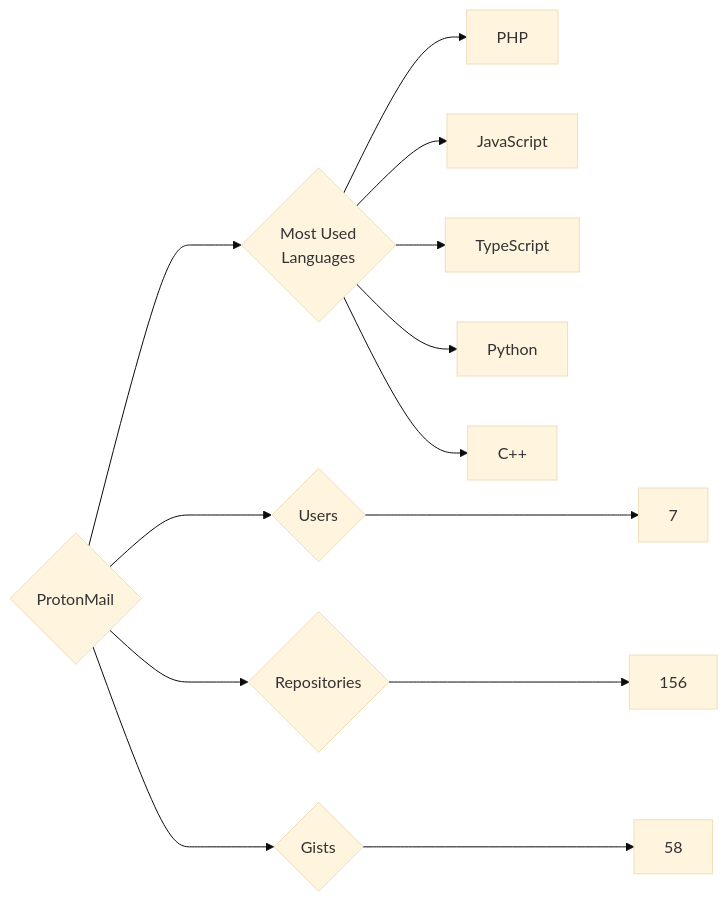
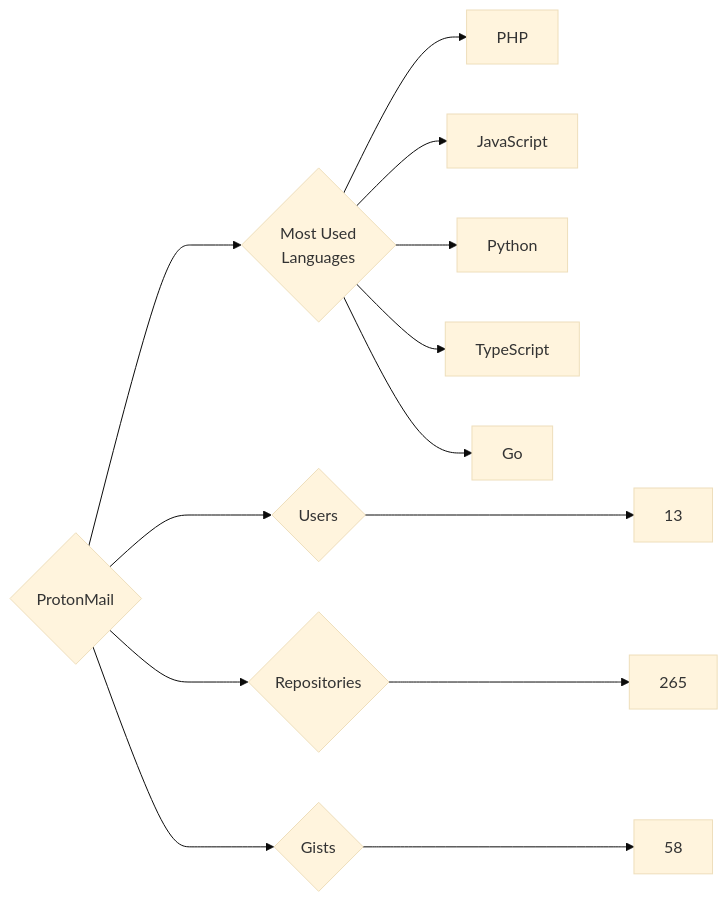
One commit to trickest/insiders changed the diagram in targets/ProtonMail/README.md. Above: the diagram before and after it, drawn with Mermaid (base theme). The commit also changed 833 other files, not shown here.

````diff
--- a/targets/ProtonMail/README.md
+++ b/targets/ProtonMail/README.md
@@ -3,13 +3,13 @@
 ```mermaid
 graph LR
 COMPANY_NAME{ProtonMail}
-COMPANY_NAME ---> U{Users} ---> UN[7]
-COMPANY_NAME ---> R{Repositories} ---> RN[156]
+COMPANY_NAME ---> U{Users} ---> UN[13]
+COMPANY_NAME ---> R{Repositories} ---> RN[265]
 COMPANY_NAME ---> G{Gists} ---> GN[58]
 COMPANY_NAME ---> ML{Most Used<br>Languages}
 ML --> PHP[PHP]
 ML --> JavaScript[JavaScript]
+ML --> Python[Python]
 ML --> TypeScript[TypeScript]
-ML --> Python[Python]
-ML --> C++[C++]
+ML --> Go[Go]
 ```
````
